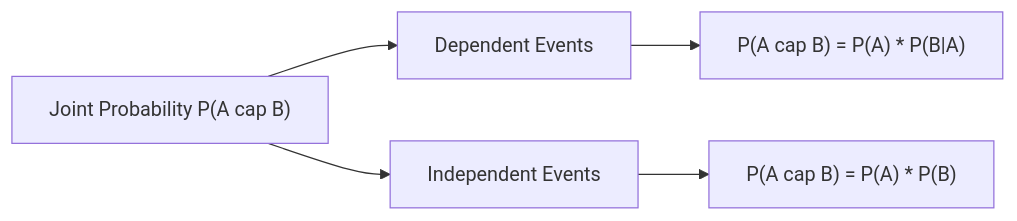
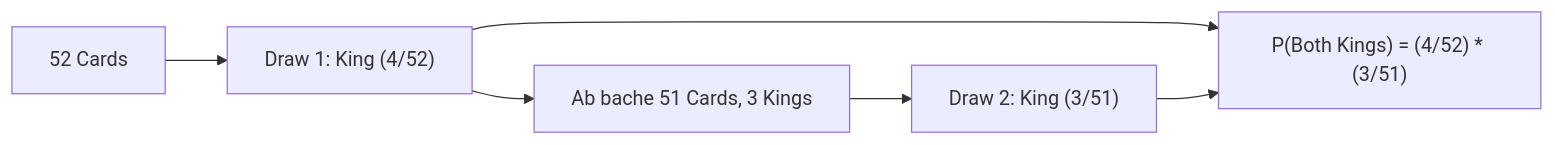
One commit to S1h2i3v4a/AI_ML changed the diagram in lecture_20/Notes_20.08/README_HINGLISH.md. Above: the diagram before and after it, drawn with Mermaid. The commit also changed other lines of this file and 203 other files, not shown here.

Commit message:
docs(lectures 19-21): align notes with video lectures, add blackboard diagrams, clean structured functions, and compile vector PDFs

````diff
--- a/lecture_20/Notes_20.08/README_HINGLISH.md
+++ b/lecture_20/Notes_20.08/README_HINGLISH.md
@@ -15,7 +47,7 @@
 ```mermaid
 flowchart LR
-    A["Joint Probability P(A cap B)"] --> B["Dependent Events"]
-    A --> C["Independent Events"]
-    B --> D["P(A cap B) = P(A) * P(B|A)"]
-    C --> E["P(A cap B) = P(A) * P(B)"]
+    Start["52 Cards"] --> Draw1["Draw 1: King (4/52)"]
+    Draw1 --> State2["Ab bache 51 Cards, 3 Kings"]
+    State2 --> Draw2["Draw 2: King (3/51)"]
+    Draw1 & Draw2 --> Total["P(Both Kings) = (4/52) * (3/51)"]
 ```
````
